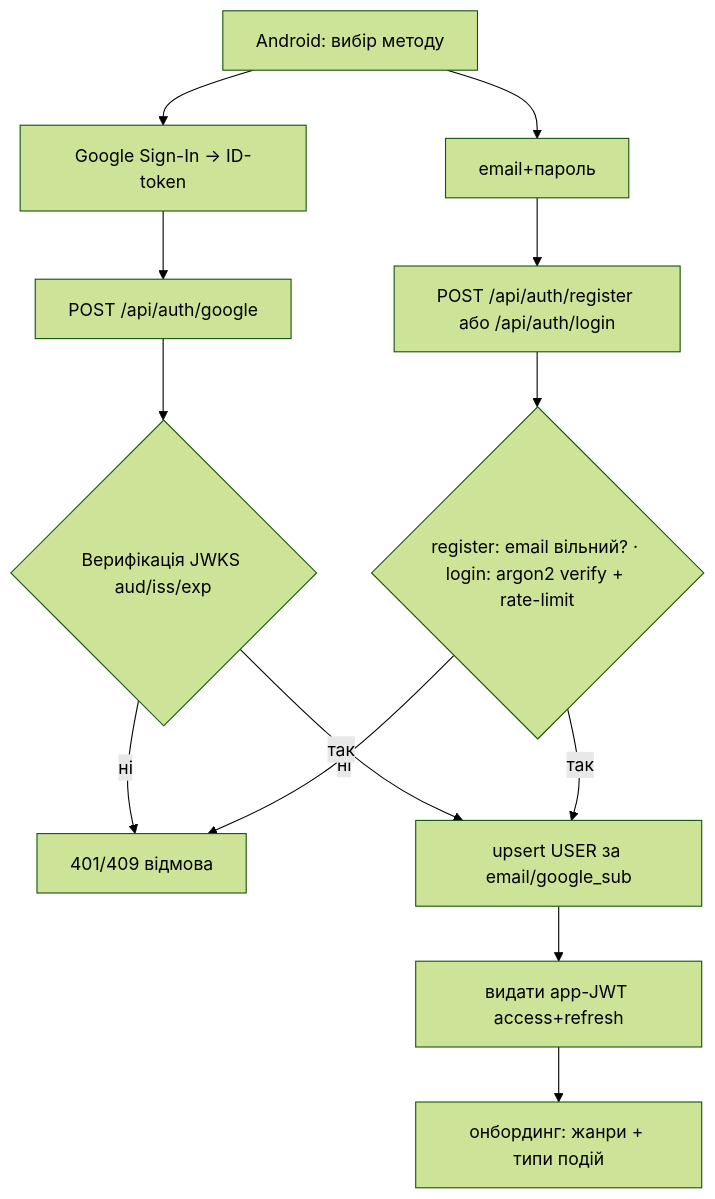
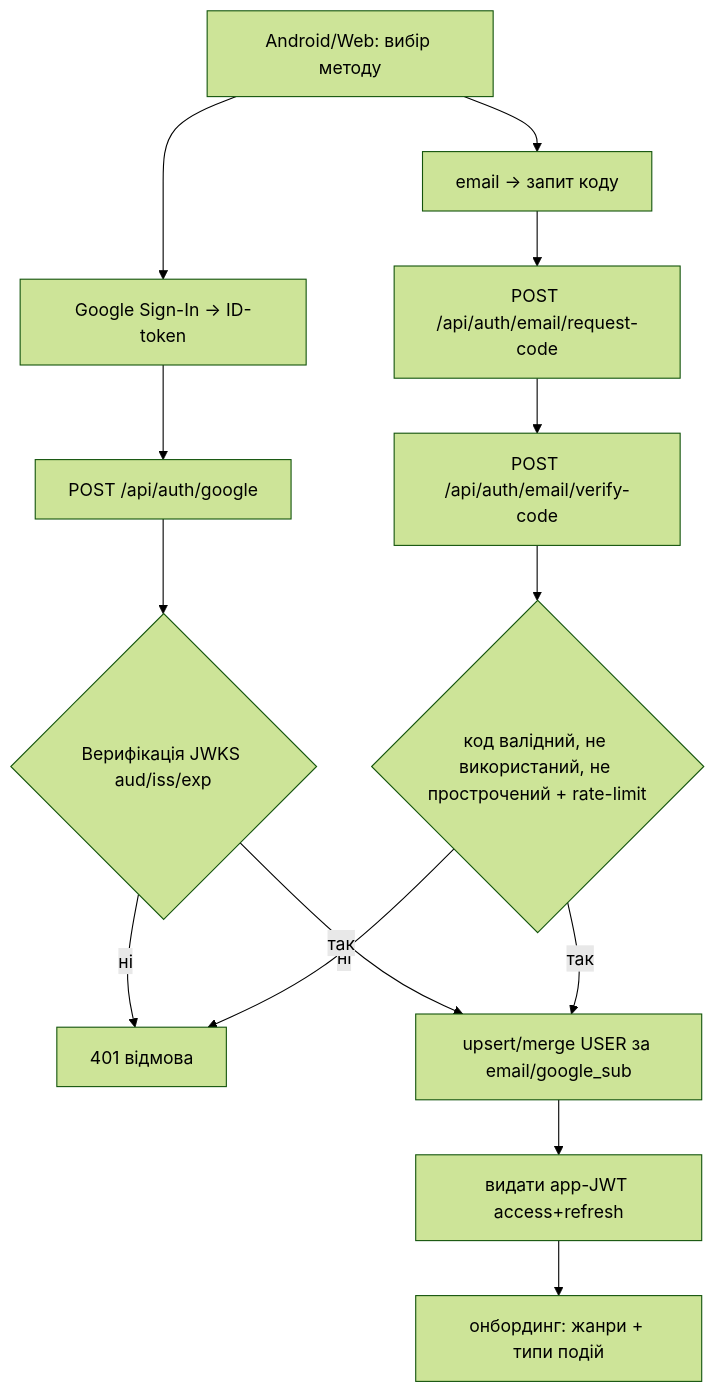
The first of 4 diagrams in docs/spec.md (SerSSX/underground), drawn with Mermaid (forest theme) before and after one commit. The commit also changed other lines of this file and 134 other files, not shown here.

````diff
--- a/docs/spec.md
+++ b/docs/spec.md
@@ -136,15 +220,16 @@
 ```mermaid
 flowchart TD
-  A[Android: вибір методу] --> G[Google Sign-In → ID-token]
-  A --> E[email+пароль]
+  A[Android/Web: вибір методу] --> G[Google Sign-In → ID-token]
+  A --> E[email → запит коду]
   G --> C[POST /api/auth/google]
-  E --> P[POST /api/auth/register або /api/auth/login]
+  E --> RC[POST /api/auth/email/request-code]
+  RC --> EC[POST /api/auth/email/verify-code]
   C --> V{Верифікація JWKS aud/iss/exp}
-  P --> W{register: email вільний? · login: argon2 verify + rate-limit}
-  V -- ні --> X[401/409 відмова]
+  EC --> W{код валідний, не використаний, не прострочений + rate-limit}
+  V -- ні --> X[401 відмова]
   W -- ні --> X
-  V -- так --> F[upsert USER за email/google_sub]
+  V -- так --> F[upsert/merge USER за email/google_sub]
   W -- так --> F
   F --> T[видати app-JWT access+refresh]
   T --> H[онбординг: жанри + типи подій]
 ```
````
